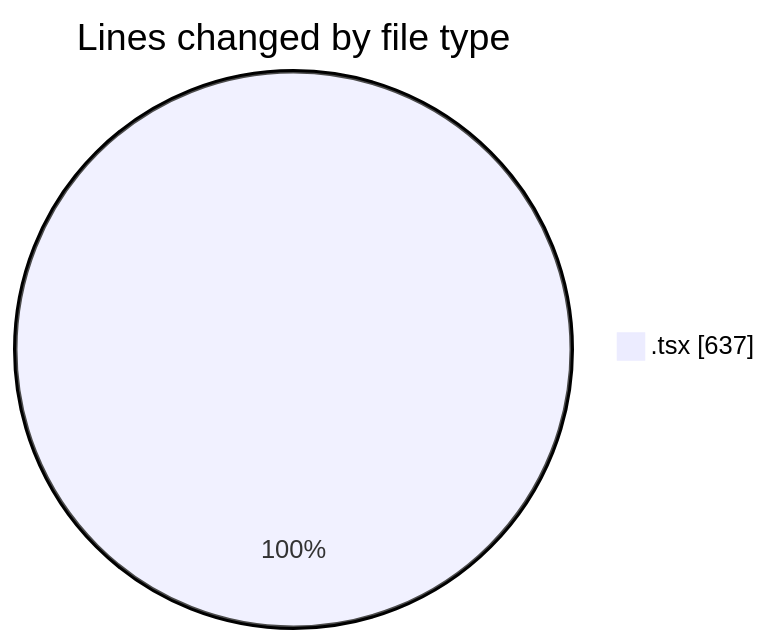
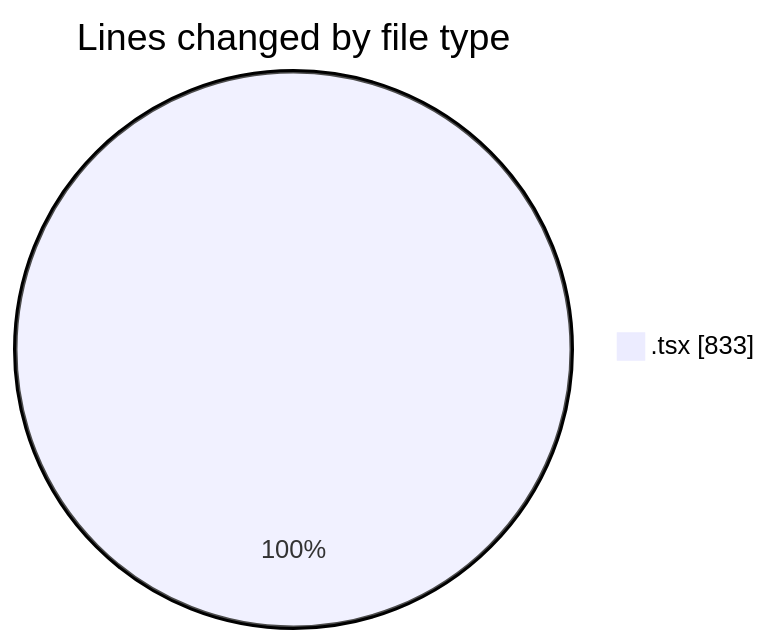
Before and after one commit to nxtqubesakshisongat/code-tracking: the first of 2 diagrams in 2026-07-11/nxtqube_webapp/README.md, drawn with Mermaid. The commit also changed other lines of this file and 1 other file, not shown here.

````diff
--- a/2026-07-11/nxtqube_webapp/README.md
+++ b/2026-07-11/nxtqube_webapp/README.md
@@ -21,5 +22,5 @@
 ```mermaid
 pie showData
 title Lines changed by file type
-".tsx" : 637
+".tsx" : 833
 ```
````
